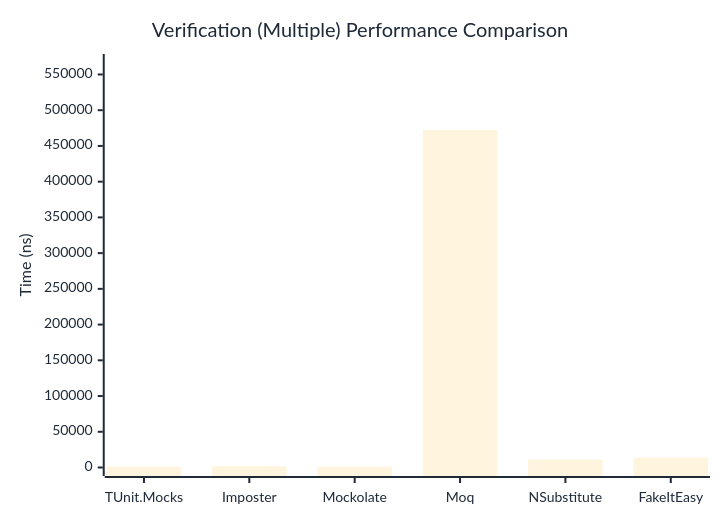
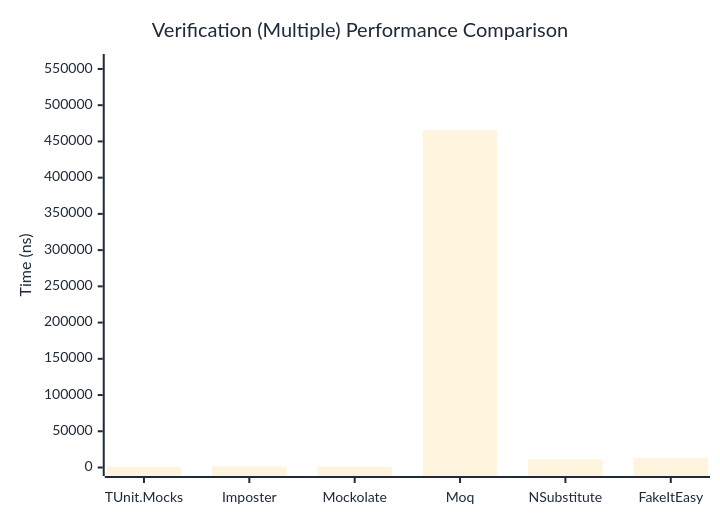
Before and after one commit to thomhurst/TUnit: the third of 3 diagrams in docs/docs/benchmarks/mocks/Verification.md, drawn with Mermaid. The commit also changed other lines of this file and 14 other files, not shown here.

````diff
--- a/docs/docs/benchmarks/mocks/Verification.md
+++ b/docs/docs/benchmarks/mocks/Verification.md
@@ -112,27 +112,27 @@
 ```mermaid
 %%{init: {
   'theme':'base',
   'themeVariables': {
     'primaryColor': '#2563eb',
     'primaryTextColor': '#1f2937',
     'primaryBorderColor': '#1e40af',
     'lineColor': '#6b7280',
     'secondaryColor': '#7c3aed',
     'tertiaryColor': '#dc2626',
     'background': '#ffffff',
     'pie1': '#2563eb',
     'pie2': '#7c3aed',
     'pie3': '#dc2626',
     'pie4': '#f59e0b',
     'pie5': '#10b981',
     'pie6': '#06b6d4',
     'pie7': '#ec4899',
     'pie8': '#6366f1'
   }
 }}%%
 xychart-beta
   title "Verification (Multiple) Performance Comparison"
   x-axis ["TUnit.Mocks", "Imposter", "Mockolate", "Moq", "NSubstitute", "FakeItEasy"]
-  y-axis "Time (ns)" 0 --> 566761
-  bar [1225.61, 1747.22, 1074.39, 472300.66, 11161.7, 13804.94]
+  y-axis "Time (ns)" 0 --> 558923
+  bar [1205.74, 1658.82, 1109.96, 465768.71, 11421.23, 13124.17]
 ```
````
